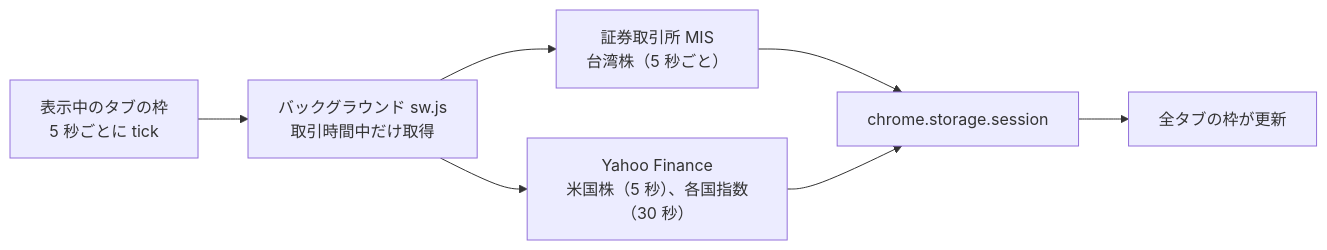
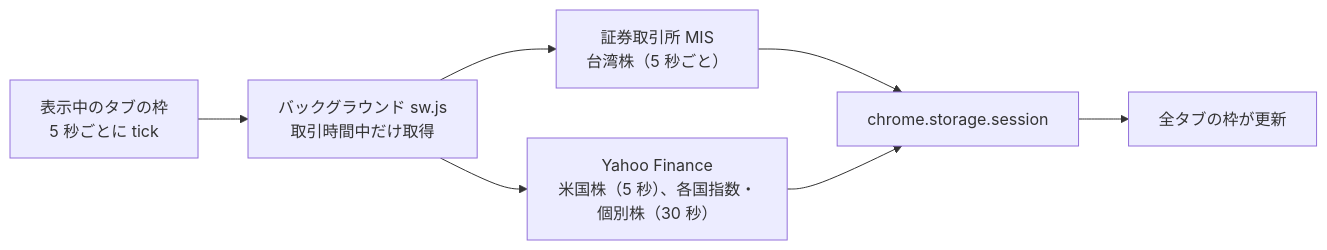
The diagram in README.ja.md (Ashur5457/PeekaStock), drawn with Mermaid before and after one commit. The commit also changed other lines of this file and 18 other files, not shown here.

````diff
--- a/README.ja.md
+++ b/README.ja.md
@@ -62,9 +65,9 @@
 ```mermaid
 flowchart LR
   BOX["表示中のタブの枠<br/>5 秒ごとに tick"] --> SW["バックグラウンド sw.js<br/>取引時間中だけ取得"]
   SW --> MIS["証券取引所 MIS<br/>台湾株（5 秒ごと）"]
-  SW --> YF["Yahoo Finance<br/>米国株（5 秒）、各国指数（30 秒）"]
+  SW --> YF["Yahoo Finance<br/>米国株（5 秒）、各国指数・個別株（30 秒）"]
   MIS --> ST["chrome.storage.session"]
   YF --> ST
   ST --> ALL["全タブの枠が更新"]
 ```
````
